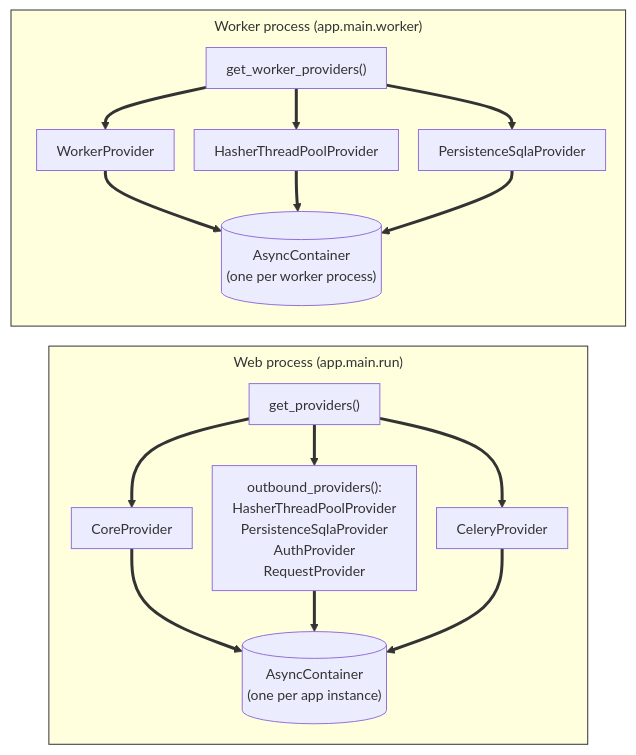
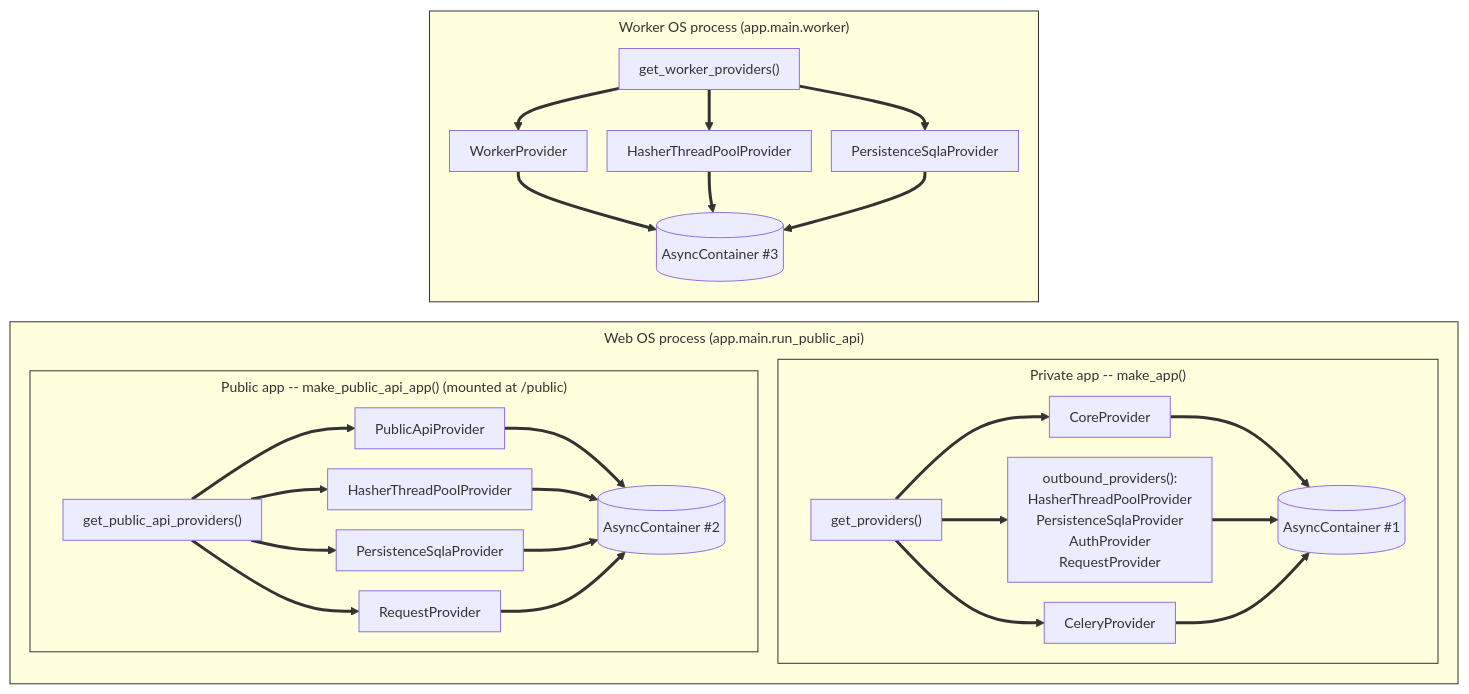
The first of 2 diagrams in docs/wiki/content/core-patterns/dependency-injection.md (Kgotso-Koete/fastapi-clean-example), drawn with Mermaid before and after one commit. The commit also changed other lines of this file and 84 other files, not shown here.

Commit message:
feat(auth): add public API with API-key authentication (v0.14.0) (#12)

````diff
--- a/docs/wiki/content/core-patterns/dependency-injection.md
+++ b/docs/wiki/content/core-patterns/dependency-injection.md
@@ -20,30 +21,47 @@
     ```mermaid
     %%{init: {"theme": "default", "themeVariables": {"fontSize": "14px"}, "flowchart": {"nodeSpacing": 20, "rankSpacing": 16, "padding": 10, "subGraphTitleMargin": {"top": 5, "bottom": 12}, "useMaxWidth": false}}}%%
     flowchart LR
-        subgraph web["Web process (app.main.run)"]
-            getProviders["get_providers()"]
-            core["CoreProvider"]
-            outbound["outbound_providers():<br/>HasherThreadPoolProvider<br/>PersistenceSqlaProvider<br/>AuthProvider<br/>RequestProvider"]
-            celery["CeleryProvider"]
-            webContainer[("AsyncContainer<br/>(one per app instance)")]
+        subgraph web["Web OS process (app.main.run_public_api)"]
+            subgraph webApp["Private app -- make_app()"]
+                getProviders["get_providers()"]
+                core["CoreProvider"]
+                outbound["outbound_providers():<br/>HasherThreadPoolProvider<br/>PersistenceSqlaProvider<br/>AuthProvider<br/>RequestProvider"]
+                celery["CeleryProvider"]
+                webContainer[("AsyncContainer #1")]
+            end
+            subgraph pubApp["Public app -- make_public_api_app() (mounted at /public)"]
+                getPublicProviders["get_public_api_providers()"]
+                pubP["PublicApiProvider"]
+                sharedC["HasherThreadPoolProvider"]
+                sharedD["PersistenceSqlaProvider"]
+                pubR["RequestProvider"]
+                pubContainer[("AsyncContainer #2")]
+            end
         end
-        subgraph workerProc["Worker process (app.main.worker)"]
+        subgraph workerProc["Worker OS process (app.main.worker)"]
             getWorkerProviders["get_worker_providers()"]
             workerP["WorkerProvider"]
             sharedA["HasherThreadPoolProvider"]
             sharedB["PersistenceSqlaProvider"]
-            workerContainer[("AsyncContainer<br/>(one per worker process)")]
+            workerContainer[("AsyncContainer #3")]
         end
 
         getProviders --> core --> webContainer
         getProviders --> outbound --> webContainer
         getProviders --> celery --> webContainer
+
+        getPublicProviders --> pubP --> pubContainer
+        getPublicProviders --> sharedC --> pubContainer
+        getPublicProviders --> sharedD --> pubContainer
+        getPublicProviders --> pubR --> pubContainer
 
         getWorkerProviders --> workerP --> workerContainer
         getWorkerProviders --> sharedA --> workerContainer
         getWorkerProviders --> sharedB --> workerContainer
 
         linkStyle default stroke-width:3px,stroke:#333333
         style web stroke-width:1px,stroke:#333333
+        style webApp stroke-width:1px,stroke:#333333
+        style pubApp stroke-width:1px,stroke:#333333
         style workerProc stroke-width:1px,stroke:#333333
     ```
````
